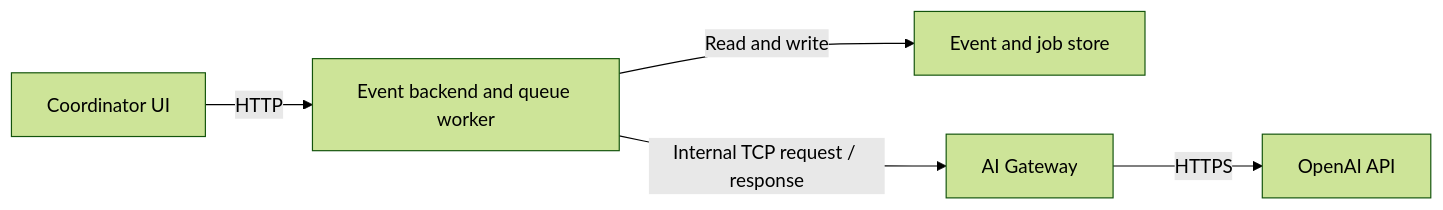
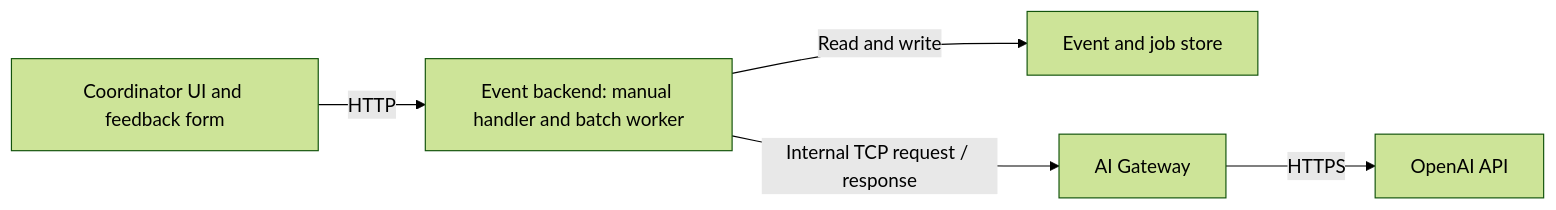
The diagram in docs/specs/09-ai-gateway.md (codon1visao/testtesttest), drawn with Mermaid (forest theme) before and after one commit. The commit also changed other lines of this file and 15 other files, not shown here.

First line of the commit message:
docs: confirm specs, architecture, data model and generation design

````diff
--- a/docs/specs/09-ai-gateway.md
+++ b/docs/specs/09-ai-gateway.md
@@ -13,7 +13,7 @@
 ```mermaid
 flowchart LR
-  UI[Coordinator UI] -->|HTTP| Backend[Event backend and queue worker]
+  UI[Coordinator UI and feedback form] -->|HTTP| Backend[Event backend: manual handler and batch worker]
   Backend -->|Read and write| Store[Event and job store]
   Backend -->|Internal TCP request / response| Gateway[AI Gateway]
   Gateway -->|HTTPS| OpenAI[OpenAI API]
 ```
````
